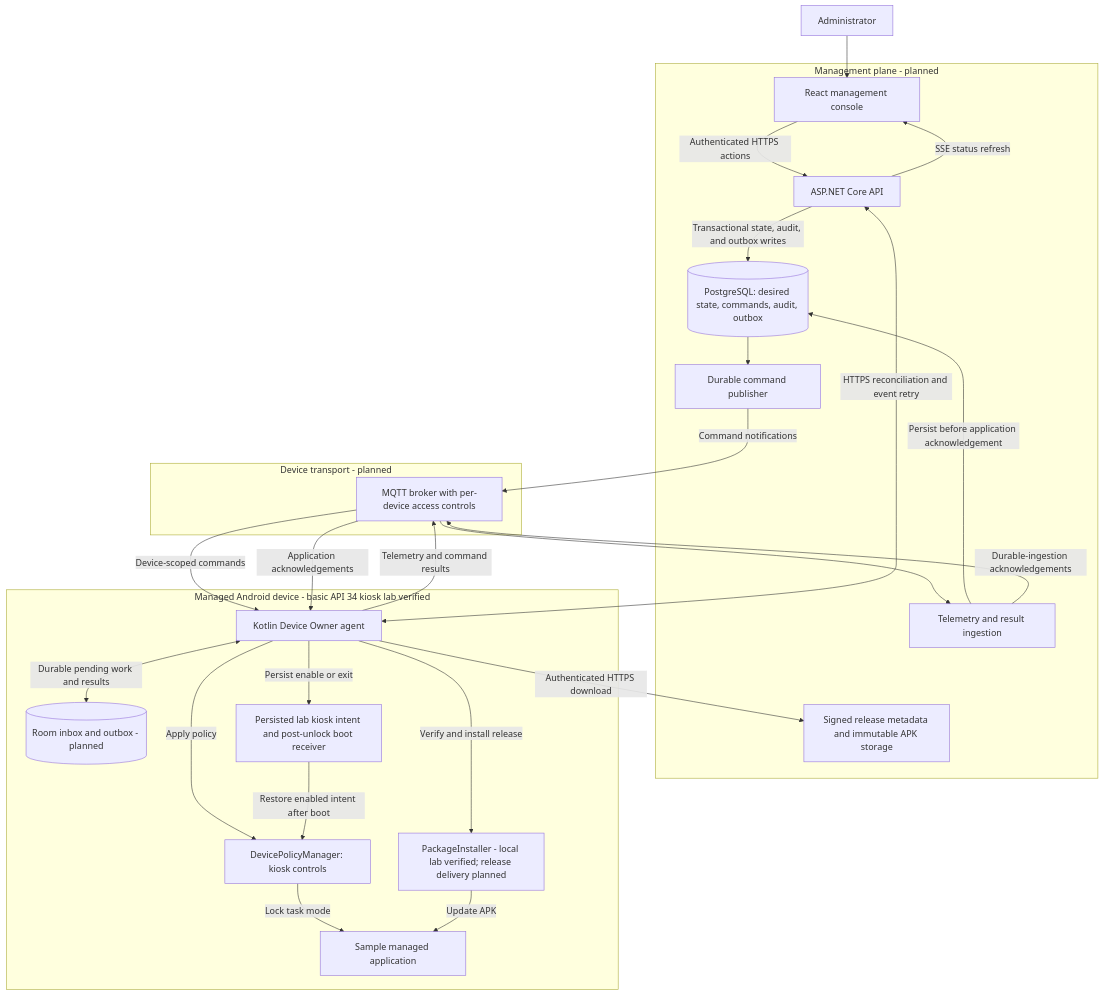
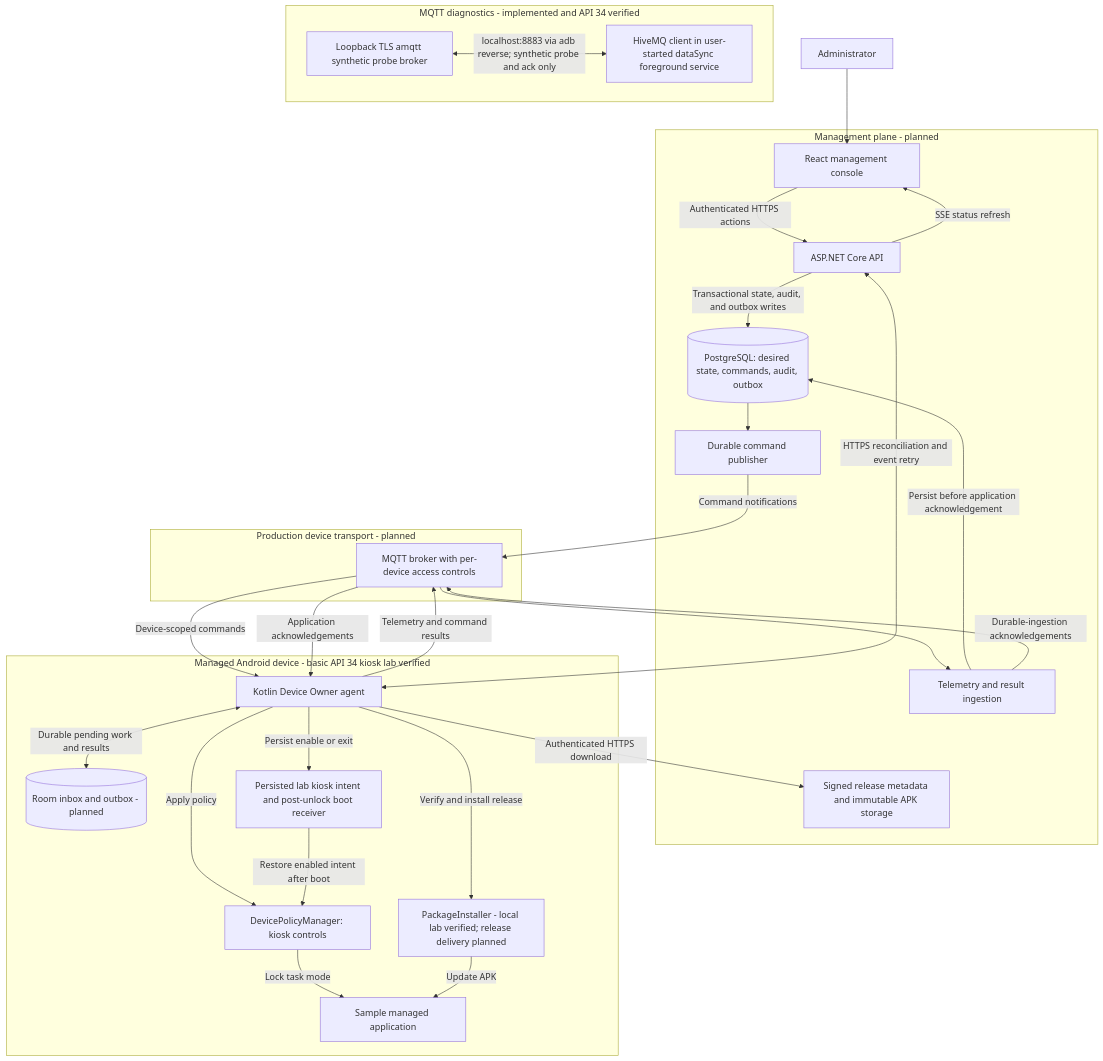
One commit to michaelnwanna/custom-android-mdm-agent changed the diagram in README.md. Above: the diagram before and after it, drawn with Mermaid. The commit also changed other lines of this file and 2503 other files, not shown here.

````diff
--- a/README.md
+++ b/README.md
@@ -15,48 +31,54 @@
 ```mermaid
 flowchart TB
 	Admin[Administrator]
 
 	subgraph Management["Management plane - planned"]
 		Console[React management console]
 		API[ASP.NET Core API]
 		DB[(PostgreSQL: desired state, commands, audit, outbox)]
 		Publisher[Durable command publisher]
 		Ingest[Telemetry and result ingestion]
 		Artifacts[Signed release metadata and immutable APK storage]
 	end
 
-	subgraph Transport["Device transport - planned"]
+	subgraph Transport["Production device transport - planned"]
 		Broker[MQTT broker with per-device access controls]
+	end
+
+	subgraph Diagnostics["MQTT diagnostics - implemented and API 34 verified"]
+		LabBroker[Loopback TLS amqtt synthetic probe broker]
+		LabService[HiveMQ client in user-started dataSync foreground service]
 	end
 
 	subgraph Device["Managed Android device - basic API 34 kiosk lab verified"]
 		Agent[Kotlin Device Owner agent]
 		Room[(Room inbox and outbox - planned)]
 		Policy[DevicePolicyManager: kiosk controls]
 		Boot[Persisted lab kiosk intent and post-unlock boot receiver]
 		Installer[PackageInstaller - local lab verified; release delivery planned]
 		Sample[Sample managed application]
 	end
 
 	Admin --> Console
+	LabBroker <-->|localhost:8883 via adb reverse; synthetic probe and ack only| LabService
 	Console -->|Authenticated HTTPS actions| API
 	API -->|Transactional state, audit, and outbox writes| DB
 	DB --> Publisher
 	Publisher -->|Command notifications| Broker
 	Broker -->|Device-scoped commands| Agent
 	Agent <-->|Durable pending work and results| Room
 	Agent -->|Apply policy| Policy
 	Agent -->|Persist enable or exit| Boot
 	Boot -->|Restore enabled intent after boot| Policy
 	Policy -->|Lock task mode| Sample
 	Agent -->|Verify and install release| Installer
 	Installer -->|Update APK| Sample
 	Agent -->|Authenticated HTTPS download| Artifacts
 	Agent -->|Telemetry and command results| Broker
 	Broker --> Ingest
 	Ingest -->|Persist before application acknowledgement| DB
 	Ingest -->|Durable-ingestion acknowledgements| Broker
 	Broker -->|Application acknowledgements| Agent
 	Agent <-->|HTTPS reconciliation and event retry| API
 	API -->|SSE status refresh| Console
 ```
````
